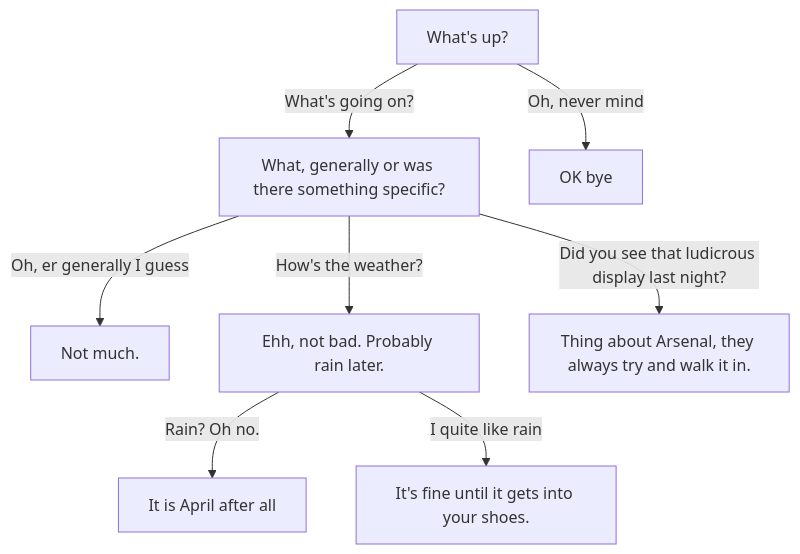
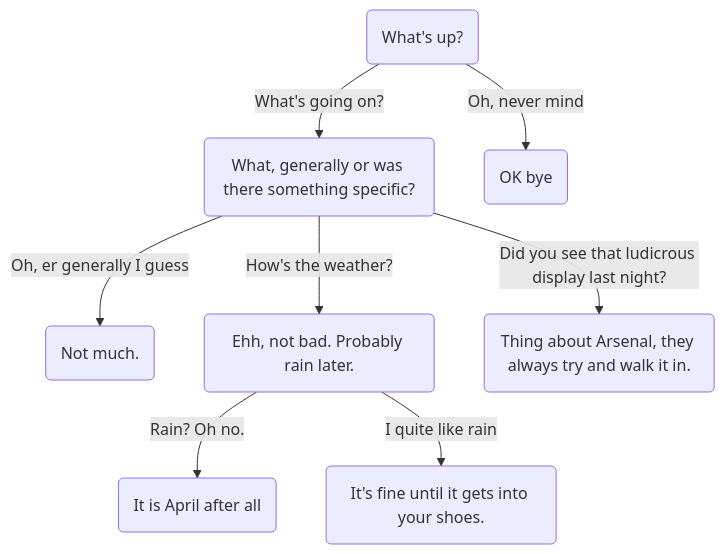
The first of 2 diagrams in docs/ChoiceLines.md (sinbad/SUDS), drawn with Mermaid before and after one commit. The commit also changed other lines of this file and 7 other files, not shown here.

````diff
--- a/docs/ChoiceLines.md
+++ b/docs/ChoiceLines.md
@@ -57,10 +57,10 @@
 ```mermaid
 flowchart TD
-  A[What's up?] -- What's going on? --> B[What, generally or was there something specific?];
-  A -- Oh, never mind --> C[OK bye];
-  B -- Oh, er generally I guess --> D[Not much.];
-  B -- How's the weather? --> E[Ehh, not bad. Probably rain later.];
-  E -- Rain? Oh no. --> F[It is April after all];
-  E -- I quite like rain --> G[It's fine until it gets into your shoes.];
-  B -- Did you see that ludicrous display last night? --> H[Thing about Arsenal, they always try and walk it in.];
+  A(What's up?) -- What's going on? --> B(What, generally or was there something specific?);
+  A -- Oh, never mind --> C(OK bye);
+  B -- Oh, er generally I guess --> D(Not much.);
+  B -- How's the weather? --> E(Ehh, not bad. Probably rain later.);
+  E -- Rain? Oh no. --> F(It is April after all);
+  E -- I quite like rain --> G(It's fine until it gets into your shoes.);
+  B -- Did you see that ludicrous display last night? --> H(Thing about Arsenal, they always try and walk it in.);
 ```
````
